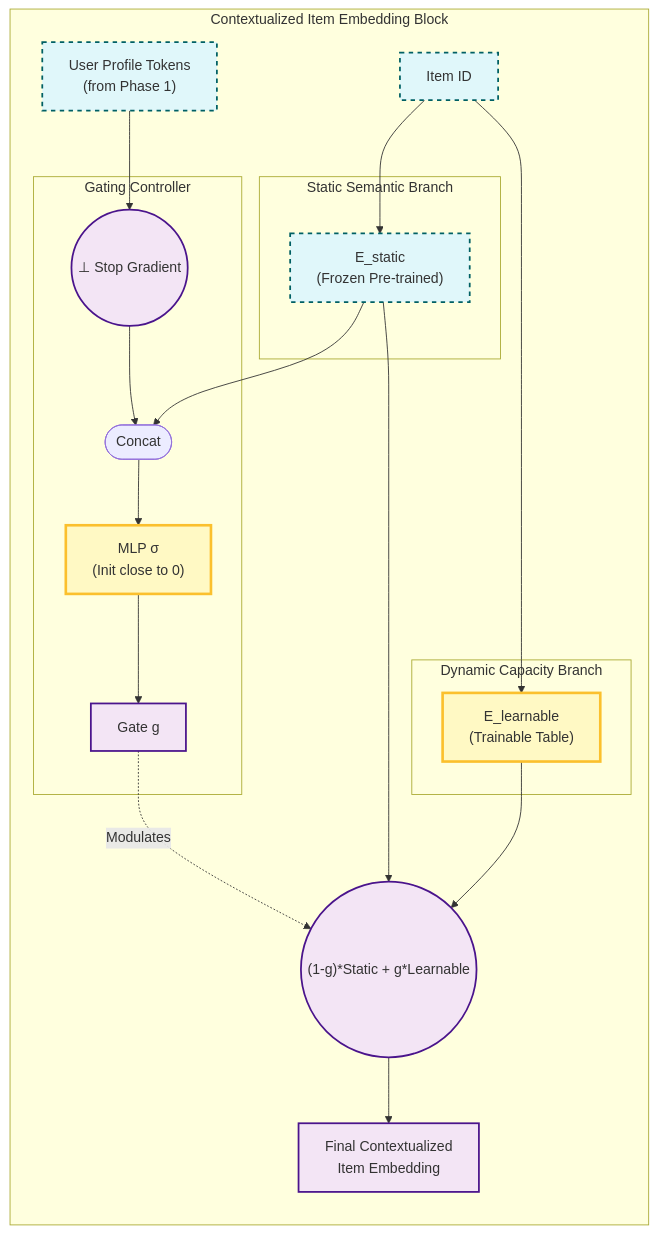
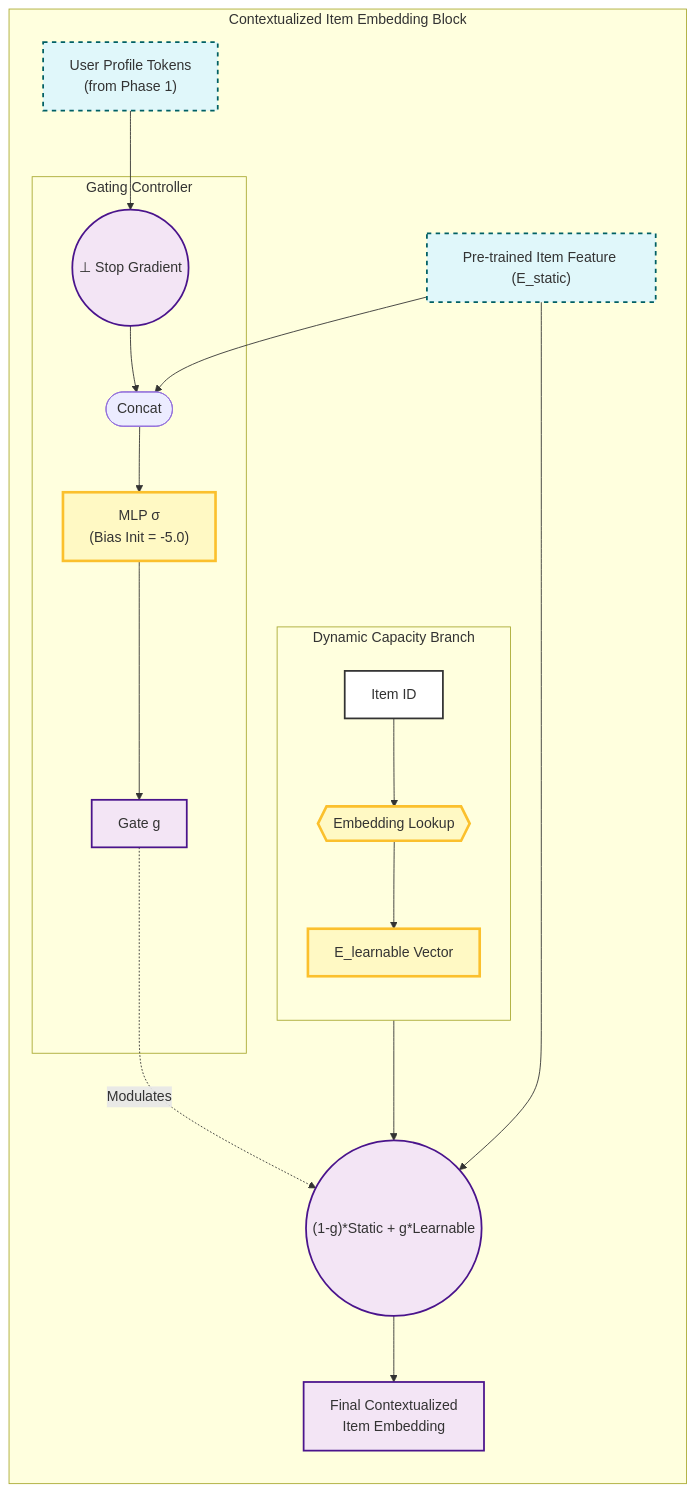
Before and after one commit to Jack31098/user_modeling_design: the fifth of 5 diagrams in doc.markdown, drawn with Mermaid.

Commit message:
reformat

````diff
--- a/doc.markdown
+++ b/doc.markdown
@@ -598,47 +598,48 @@
 ```mermaid
 graph TB
     classDef frozen fill:#e0f7fa,stroke:#006064,stroke-width:2px,stroke-dasharray: 5 5;
     classDef learnable fill:#fff9c4,stroke:#fbc02d,stroke-width:3px;
     classDef operation fill:#f3e5f5,stroke:#4a148c,stroke-width:2px;
+    classDef input_node fill:#fff,stroke:#333,stroke-width:2px;
 
     subgraph Contextualized_Residue_Block [Contextualized Item Embedding Block]
         direction TB
 
         %% Inputs
         User["User Profile Tokens<br>(from Phase 1)"]:::frozen
-        ItemID[Item ID]:::frozen
+        ItemID[Item ID]:::input_node
+        E_static["Pre-trained Item Feature (E_static)"]:::frozen
 
-        %% Branches
-        subgraph Static_Branch [Static Semantic Branch]
-            E_static["E_static<br>(Frozen Pre-trained)"]:::frozen
-        end
-
+        %% Learnable Branch (The Focus)
         subgraph Learnable_Branch [Dynamic Capacity Branch]
-            E_learnable["E_learnable<br>(Trainable Table)"]:::learnable
+            direction TB
+            Lookup_Op{{"Embedding Lookup"}}:::learnable
+            E_learnable["E_learnable Vector"]:::learnable
+            
+            ItemID --> Lookup_Op --> E_learnable
         end
 
         %% Gating Network
         subgraph Gating_Net [Gating Controller]
             StopGrad(("&perp; Stop Gradient")):::operation
             Concat([Concat])
-            MLP_Gate["MLP &sigma;<br>(Init close to 0)"]:::learnable
+            MLP_Gate["MLP &sigma;<br>(Bias Init = -5.0)"]:::learnable
             Gate_Val["Gate g"]:::operation
         end
 
         %% Flow
         User --> StopGrad --> Concat
-        ItemID --> E_static --> Concat
-        ItemID --> E_learnable
+        E_static --> Concat
 
         Concat --> MLP_Gate --> Gate_Val
 
         %% Fusion
         Fusion(("(1-g)*Static + g*Learnable")):::operation
         E_final[Final Contextualized<br>Item Embedding]:::operation
 
         E_static --> Fusion
         E_learnable --> Fusion
         Gate_Val -.->|Modulates| Fusion
         Fusion --> E_final
     end
 ```
````
